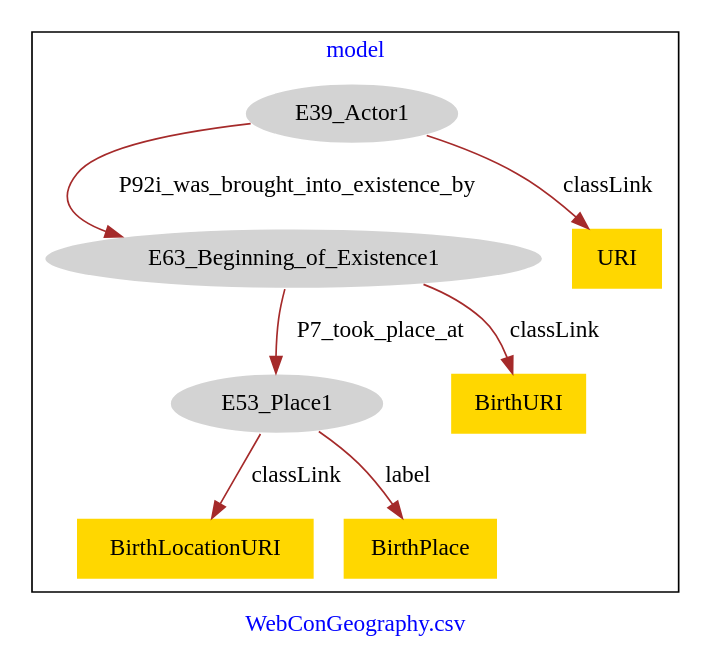
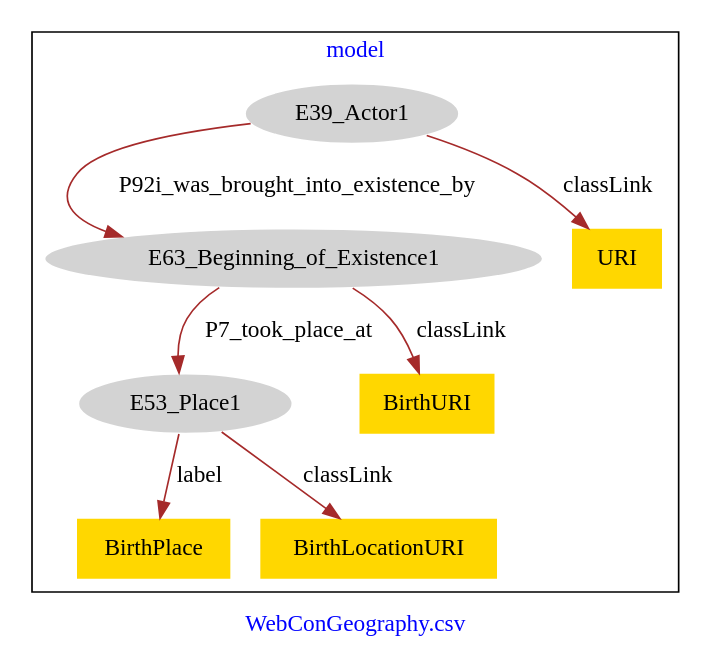
One commit to american-art/SAAM changed the diagram in WebConGeographyBirth/WebConGeographyBirth-model.dot. Above: the diagram before and after it, drawn with Graphviz.

Commit message:
Update file WebConGeographyBirth-model.dot

```diff
--- a/WebConGeographyBirth/WebConGeographyBirth-model.dot
+++ b/WebConGeographyBirth/WebConGeographyBirth-model.dot
@@ -1,21 +1,21 @@
 digraph n0 {
 fontcolor="blue"
 remincross="true"
 label="WebConGeography.csv"
 subgraph cluster {
 label="model"
 n2[style="filled",color="white",fillcolor="lightgray",label="E39_Actor1"];
 n3[style="filled",color="white",fillcolor="lightgray",label="E63_Beginning_of_Existence1"];
 n4[style="filled",color="white",fillcolor="lightgray",label="E53_Place1"];
-n5[shape="plaintext",style="filled",fillcolor="gold",label="BirthLocationURI"];
+n5[shape="plaintext",style="filled",fillcolor="gold",label="BirthPlace"];
 n6[shape="plaintext",style="filled",fillcolor="gold",label="BirthURI"];
 n7[shape="plaintext",style="filled",fillcolor="gold",label="URI"];
-n8[shape="plaintext",style="filled",fillcolor="gold",label="BirthPlace"];
+n8[shape="plaintext",style="filled",fillcolor="gold",label="BirthLocationURI"];
 }
 n2 -> n3[color="brown",fontcolor="black",label="P92i_was_brought_into_existence_by"]
 n3 -> n4[color="brown",fontcolor="black",label="P7_took_place_at"]
-n4 -> n5[color="brown",fontcolor="black",label="classLink"]
+n4 -> n5[color="brown",fontcolor="black",label="label"]
 n3 -> n6[color="brown",fontcolor="black",label="classLink"]
 n2 -> n7[color="brown",fontcolor="black",label="classLink"]
-n4 -> n8[color="brown",fontcolor="black",label="label"]
+n4 -> n8[color="brown",fontcolor="black",label="classLink"]
 }
```
